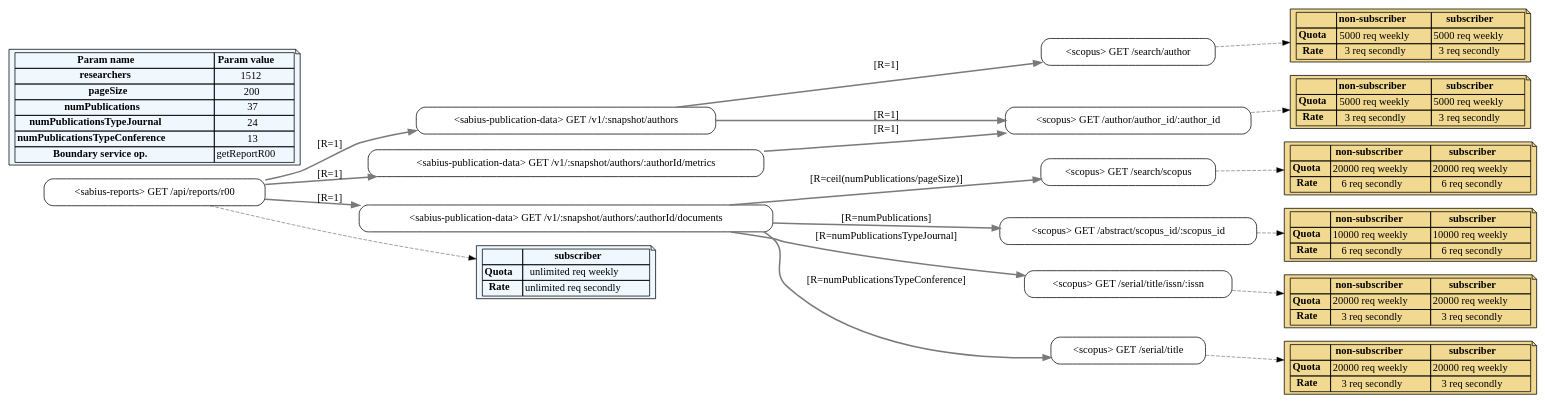
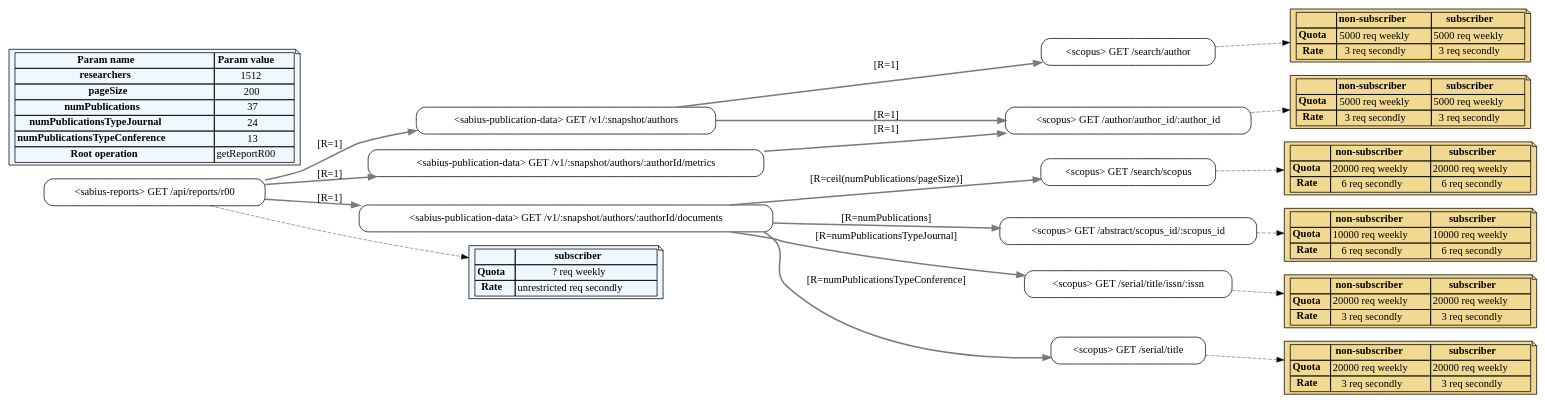
One commit to isa-group/governify-electra changed the diagram in src/backend/output/mapping-complex/mapping-complex.dot. Above: the diagram before and after it, drawn with Graphviz. The commit also changed 13 other files, not shown here.

```diff
--- a/src/backend/output/mapping-complex/mapping-complex.dot
+++ b/src/backend/output/mapping-complex/mapping-complex.dot
@@ -139,10 +139,7 @@
 subgraph "sabius-publication-data" {
 node [shape=box]
 node [ style=rounded, shape=box, label = "<sabius-publication-data> GET /v1/:snapshot/authors" ] "getAuthor"
-node [ style=rounded, shape=box, label = "<sabius-publication-data> GET /v1/:snapshot/authors" ] "getAuthor"
 node [ style=rounded, shape=box, label = "<sabius-publication-data> GET /v1/:snapshot/authors/:authorId/metrics" ] "getAuthorMetrics"
-node [ style=rounded, shape=box, label = "<sabius-publication-data> GET /v1/:snapshot/authors/:authorId/metrics" ] "getAuthorMetrics"
-node [ style=rounded, shape=box, label = "<sabius-publication-data> GET /v1/:snapshot/authors/:authorId/documents" ] "getDocumentsByAuthor"
 node [ style=rounded, shape=box, label = "<sabius-publication-data> GET /v1/:snapshot/authors/:authorId/documents" ] "getDocumentsByAuthor"
 }
 
@@ -159,11 +156,11 @@
 </tr>
 <tr>
 <td><b>Quota</b></td>
-<td>unlimited req weekly</td>
+<td>? req weekly</td>
 </tr>
 <tr>
 <td><b>Rate</b></td>
-<td>unlimited req secondly</td>
+<td>unrestricted req secondly</td>
 </tr>
 </table>
 >];
@@ -195,7 +192,7 @@
 <td><b>numPublicationsTypeConference</b></td>
 <td>13</td>
 </tr>
-<tr><td><b>Boundary service op.</b></td><td>getReportR00</td></tr>
+<tr><td><b>Root operation</b></td><td>getReportR00</td></tr>
 </table>
 >];
 getReportR00 -> getAuthor [ color="#7a7a7a", penwidth=2.0, label="[R=1]" ];
```
